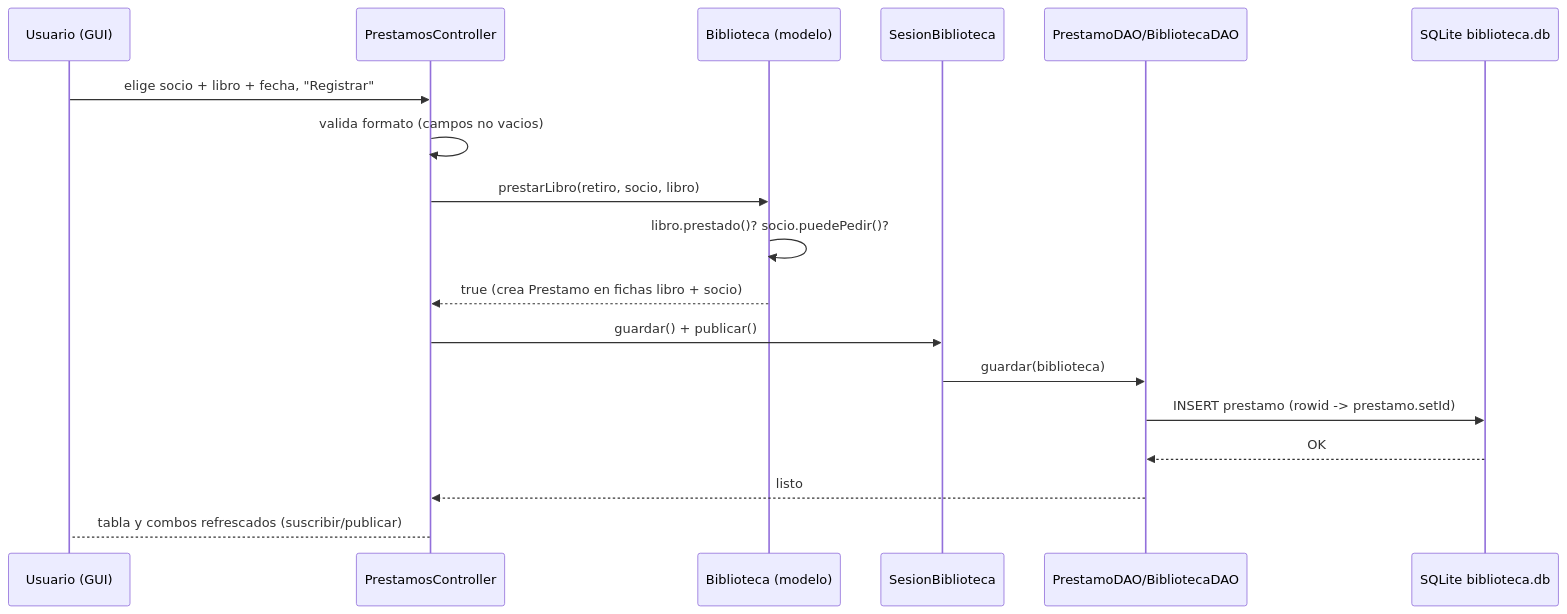
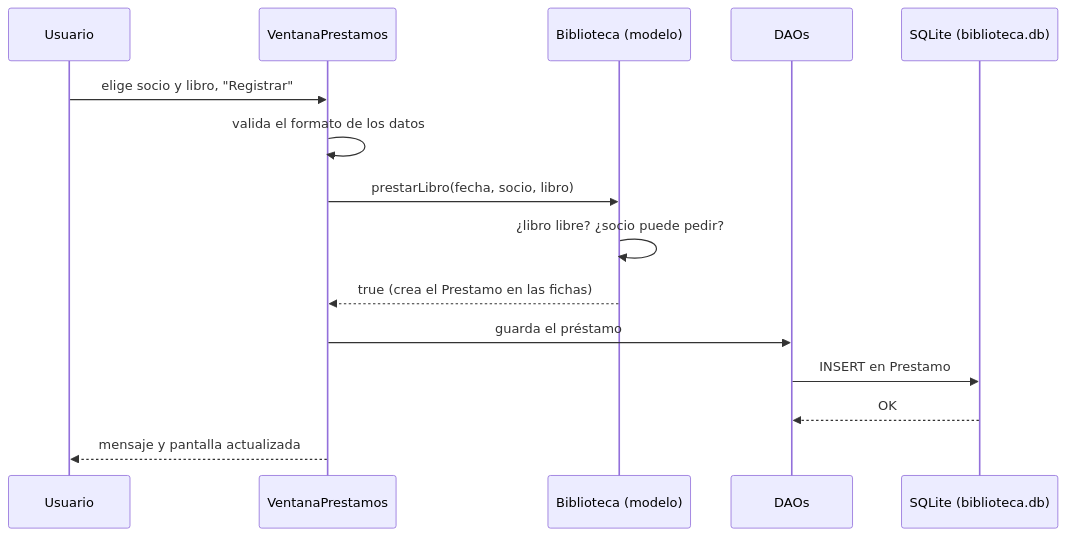
The third of 3 diagrams in docs/informe-tecnico.md (MiltonRodx/integrador-poo), drawn with Mermaid before and after one commit. The commit also changed other lines of this file, not shown here.

````diff
--- a/docs/informe-tecnico.md
+++ b/docs/informe-tecnico.md
@@ -330,21 +361,18 @@
 ```mermaid
 sequenceDiagram
-    participant U as Usuario (GUI)
-    participant C as PrestamosController
+    participant U as Usuario
+    participant V as VentanaPrestamos
     participant M as Biblioteca (modelo)
-    participant S as SesionBiblioteca
-    participant D as PrestamoDAO/BibliotecaDAO
-    participant B as SQLite biblioteca.db
+    participant D as DAOs
+    participant B as SQLite (biblioteca.db)
 
-    U->>C: elige socio + libro + fecha, "Registrar"
-    C->>C: valida formato (campos no vacios)
-    C->>M: prestarLibro(retiro, socio, libro)
-    M->>M: libro.prestado()? socio.puedePedir()?
-    M-->>C: true (crea Prestamo en fichas libro + socio)
-    C->>S: guardar() + publicar()
-    S->>D: guardar(biblioteca)
-    D->>B: INSERT prestamo (rowid -> prestamo.setId)
+    U->>V: elige socio y libro, "Registrar"
+    V->>V: valida el formato de los datos
+    V->>M: prestarLibro(fecha, socio, libro)
+    M->>M: ¿libro libre? ¿socio puede pedir?
+    M-->>V: true (crea el Prestamo en las fichas)
+    V->>D: guarda el préstamo
+    D->>B: INSERT en Prestamo
     B-->>D: OK
-    D-->>C: listo
-    C-->U: tabla y combos refrescados (suscribir/publicar)
+    V-->>U: mensaje y pantalla actualizada
 ```
````
